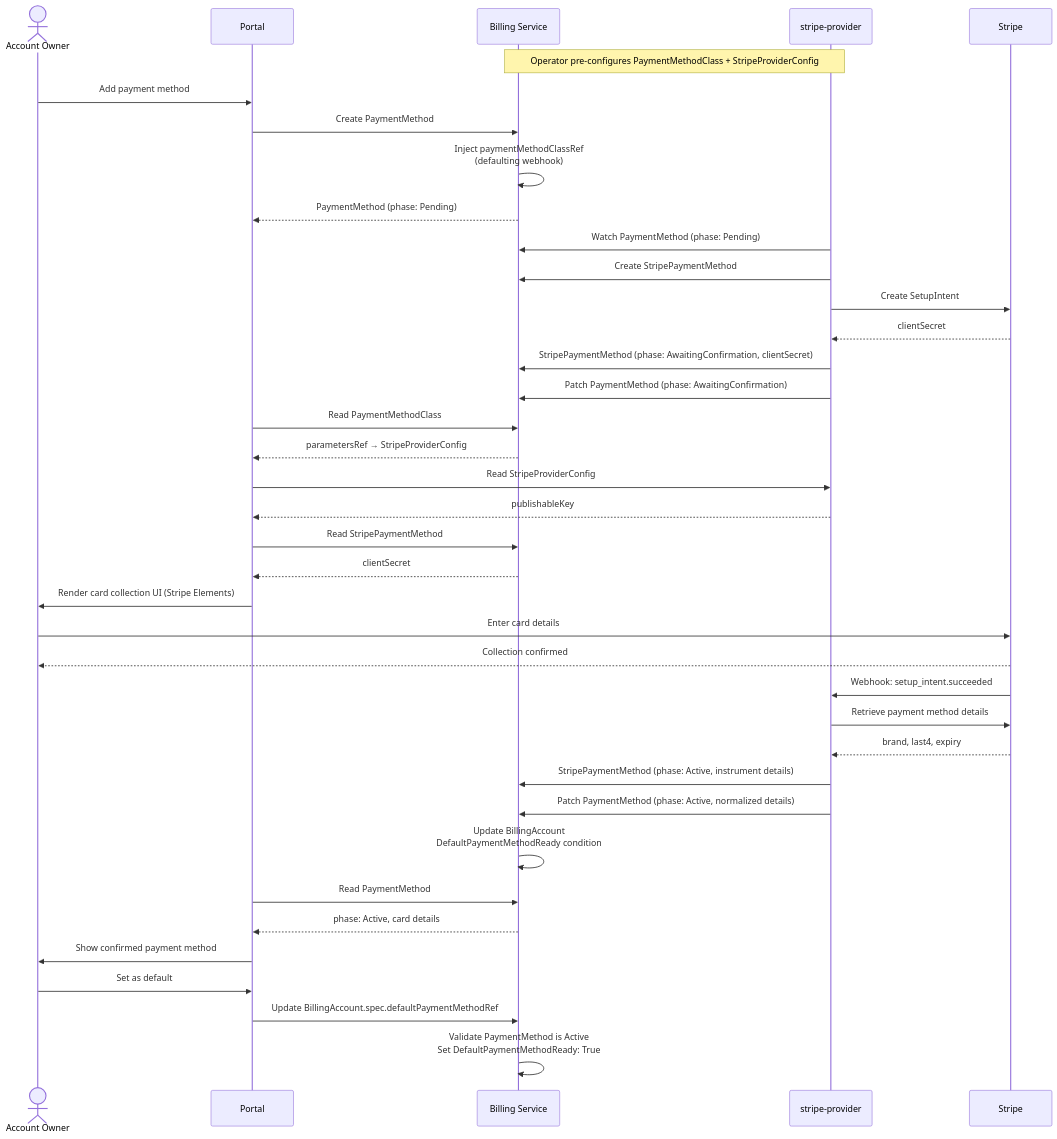
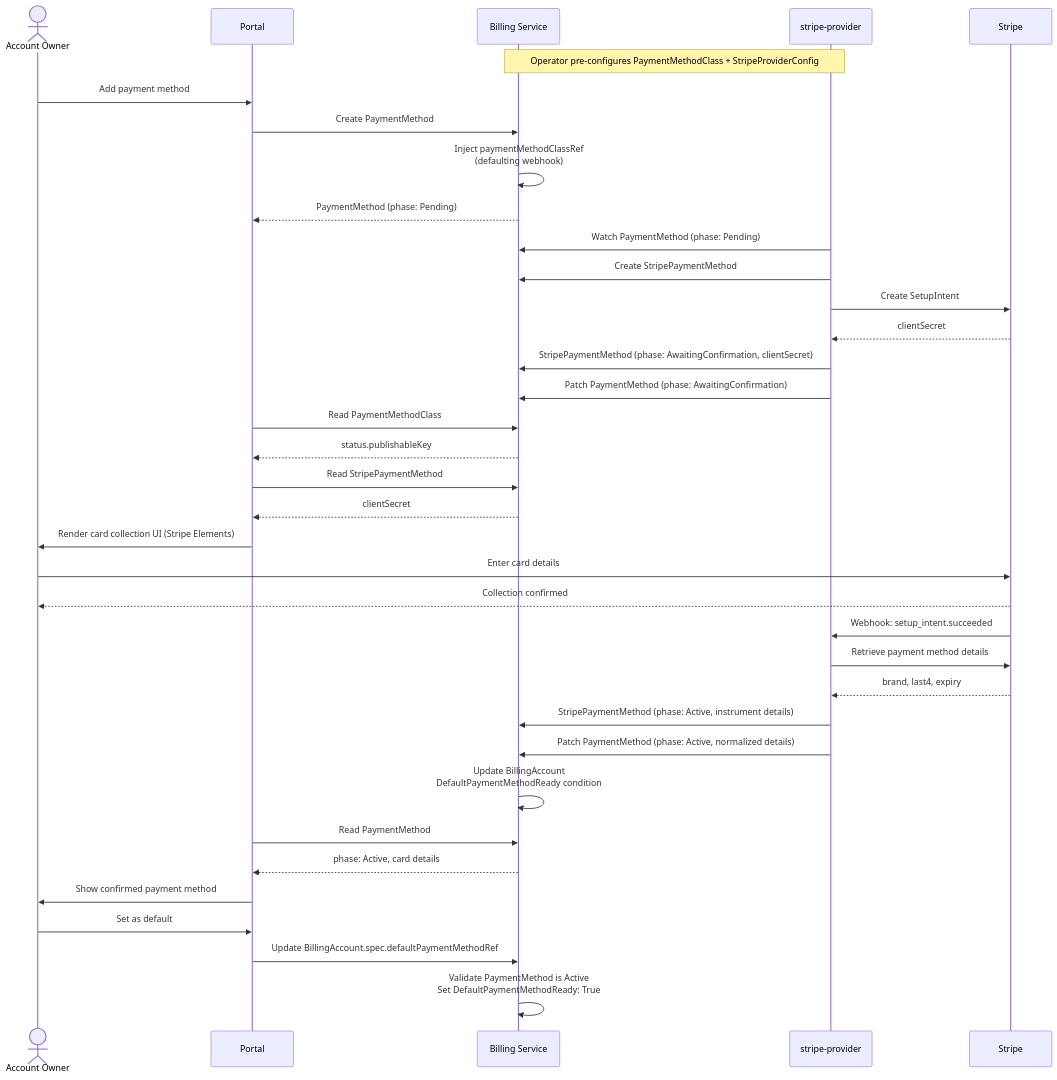
Before and after one commit to milo-os/billing: the diagram in docs/enhancements/payment-methods.md, drawn with Mermaid. The commit also changed other lines of this file and 5 other files, not shown here.

````diff
--- a/docs/enhancements/payment-methods.md
+++ b/docs/enhancements/payment-methods.md
@@ -130,46 +130,44 @@
 ```mermaid
 sequenceDiagram
     actor Owner as Account Owner
     participant Portal
     participant BillingSvc as Billing Service
     participant StripeProv as stripe-provider
     participant Stripe
 
     Note over BillingSvc,StripeProv: Operator pre-configures PaymentMethodClass + StripeProviderConfig
 
     Owner->>Portal: Add payment method
     Portal->>BillingSvc: Create PaymentMethod
     BillingSvc->>BillingSvc: Inject paymentMethodClassRef<br/>(defaulting webhook)
     BillingSvc-->>Portal: PaymentMethod (phase: Pending)
 
     StripeProv->>BillingSvc: Watch PaymentMethod (phase: Pending)
     StripeProv->>BillingSvc: Create StripePaymentMethod
     StripeProv->>Stripe: Create SetupIntent
     Stripe-->>StripeProv: clientSecret
     StripeProv->>BillingSvc: StripePaymentMethod (phase: AwaitingConfirmation, clientSecret)
     StripeProv->>BillingSvc: Patch PaymentMethod (phase: AwaitingConfirmation)
 
     Portal->>BillingSvc: Read PaymentMethodClass
-    BillingSvc-->>Portal: parametersRef → StripeProviderConfig
-    Portal->>StripeProv: Read StripeProviderConfig
-    StripeProv-->>Portal: publishableKey
+    BillingSvc-->>Portal: status.publishableKey
     Portal->>BillingSvc: Read StripePaymentMethod
     BillingSvc-->>Portal: clientSecret
     Portal->>Owner: Render card collection UI (Stripe Elements)
     Owner->>Stripe: Enter card details
     Stripe-->>Owner: Collection confirmed
 
     Stripe->>StripeProv: Webhook: setup_intent.succeeded
     StripeProv->>Stripe: Retrieve payment method details
     Stripe-->>StripeProv: brand, last4, expiry
     StripeProv->>BillingSvc: StripePaymentMethod (phase: Active, instrument details)
     StripeProv->>BillingSvc: Patch PaymentMethod (phase: Active, normalized details)
     BillingSvc->>BillingSvc: Update BillingAccount<br/>DefaultPaymentMethodReady condition
 
     Portal->>BillingSvc: Read PaymentMethod
     BillingSvc-->>Portal: phase: Active, card details
     Portal->>Owner: Show confirmed payment method
     Owner->>Portal: Set as default
     Portal->>BillingSvc: Update BillingAccount.spec.defaultPaymentMethodRef
     BillingSvc->>BillingSvc: Validate PaymentMethod is Active<br/>Set DefaultPaymentMethodReady: True
 ```
````
